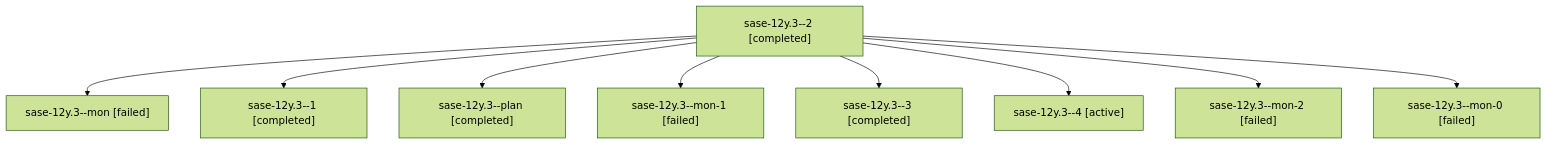
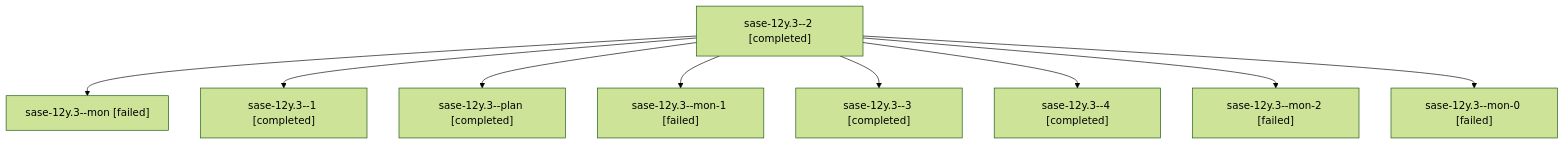
One commit to sase-org/sase--agents changed the diagram in families/bbugyi200.apollo.sase-12y.3.md. Above: the diagram before and after it, drawn with Mermaid (forest theme). The commit also changed other lines of this file and 82 other files, not shown here.

````diff
--- a/families/bbugyi200.apollo.sase-12y.3.md
+++ b/families/bbugyi200.apollo.sase-12y.3.md
@@ -9,20 +9,20 @@
 ```mermaid
 flowchart TD
   n0["sase-12y.3--2 [completed]"]
   n1["sase-12y.3--mon [failed]"]
   n0 --> n1
   n2["sase-12y.3--1 [completed]"]
   n0 --> n2
   n3["sase-12y.3--plan [completed]"]
   n0 --> n3
   n4["sase-12y.3--mon-1 [failed]"]
   n0 --> n4
   n5["sase-12y.3--3 [completed]"]
   n0 --> n5
-  n6["sase-12y.3--4 [active]"]
+  n6["sase-12y.3--4 [completed]"]
   n0 --> n6
   n7["sase-12y.3--mon-2 [failed]"]
   n0 --> n7
   n8["sase-12y.3--mon-0 [failed]"]
   n0 --> n8
 ```
````
